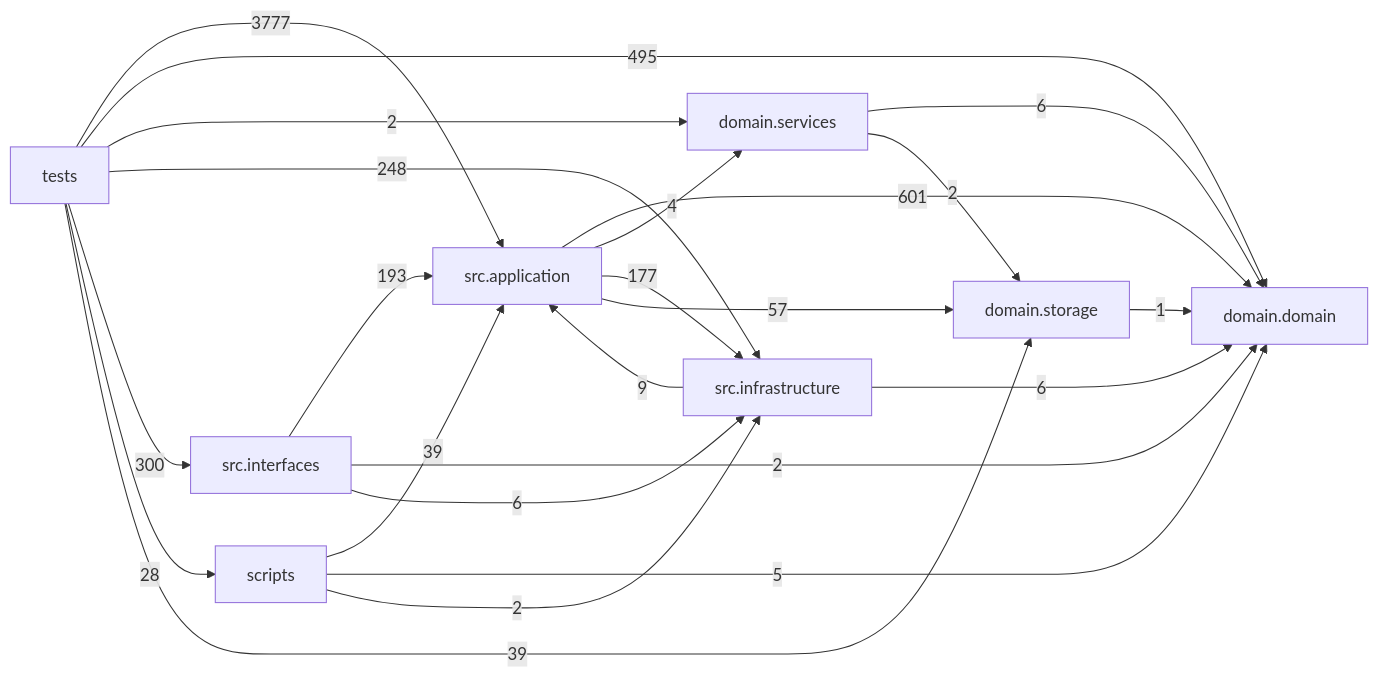
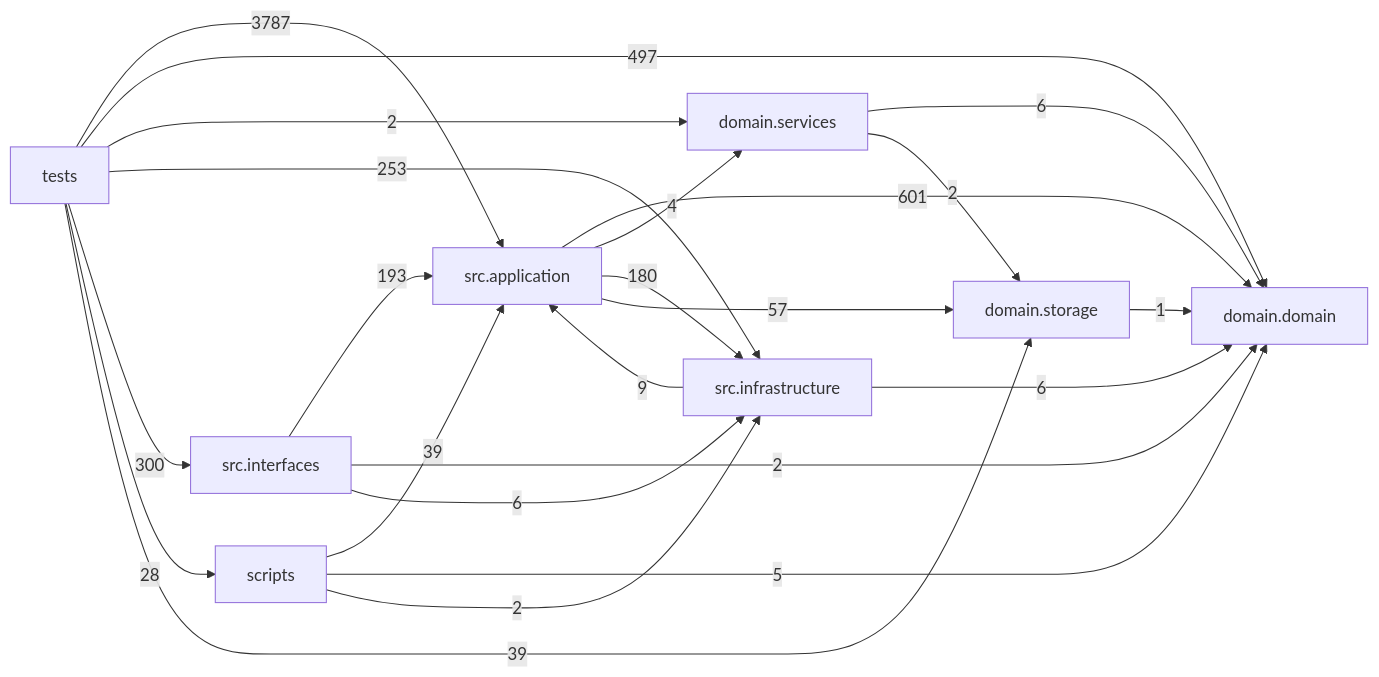
One commit to liuxie066/options-monitor changed the diagram in docs/DEPENDENCY_GRAPH.md. Above: the diagram before and after it, drawn with Mermaid. The commit also changed other lines of this file and 36 other files, not shown here.

````diff
--- a/docs/DEPENDENCY_GRAPH.md
+++ b/docs/DEPENDENCY_GRAPH.md
@@ -24,33 +24,33 @@
 ```mermaid
 flowchart LR
   tests["tests"]
   scripts["scripts"]
   interfaces["src.interfaces"]
   application["src.application"]
   infrastructure["src.infrastructure"]
   domain_services["domain.services"]
   domain["domain.domain"]
   storage["domain.storage"]
   application -->|601| domain
   application -->|4| domain_services
-  application -->|177| infrastructure
+  application -->|180| infrastructure
   application -->|57| storage
   domain_services -->|6| domain
   domain_services -->|2| storage
   infrastructure -->|9| application
   infrastructure -->|6| domain
   interfaces -->|193| application
   interfaces -->|2| domain
   interfaces -->|6| infrastructure
   scripts -->|39| application
   scripts -->|5| domain
   scripts -->|2| infrastructure
   storage -->|1| domain
-  tests -->|3777| application
-  tests -->|495| domain
+  tests -->|3787| application
+  tests -->|497| domain
   tests -->|2| domain_services
-  tests -->|248| infrastructure
+  tests -->|253| infrastructure
   tests -->|300| interfaces
   tests -->|28| scripts
   tests -->|39| storage
 ```
````
